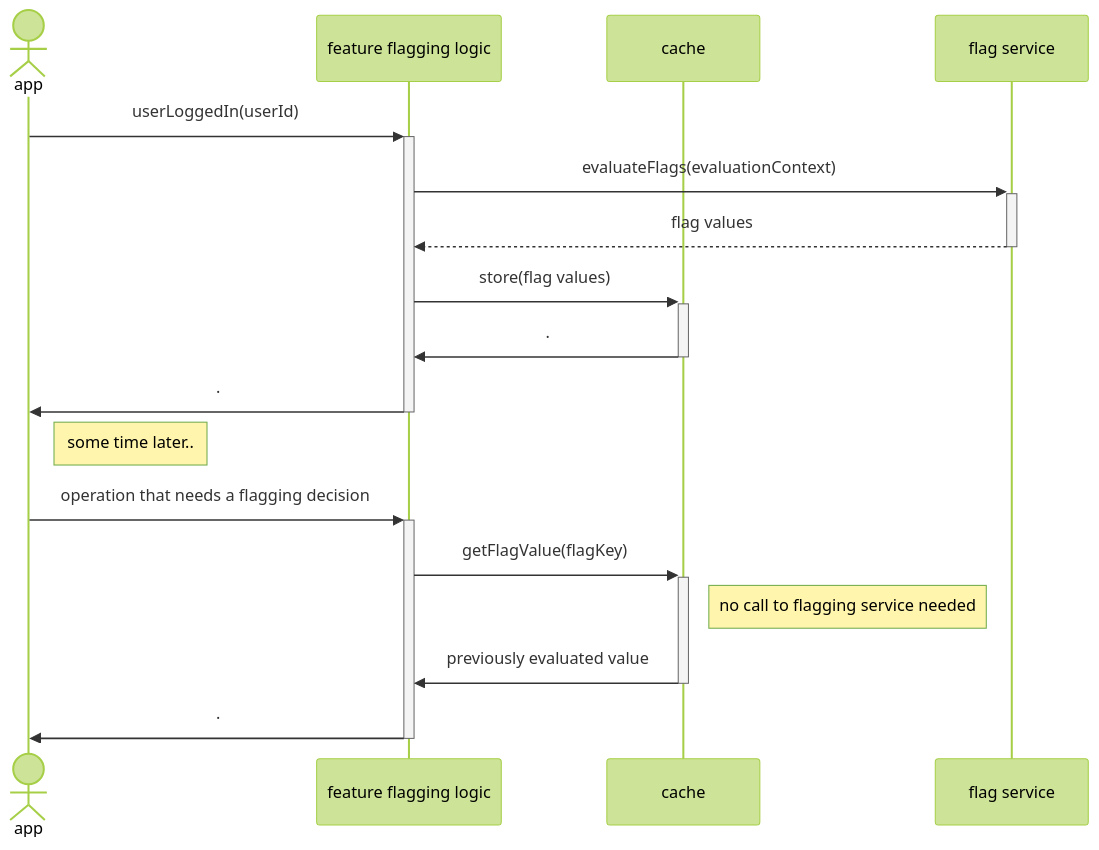
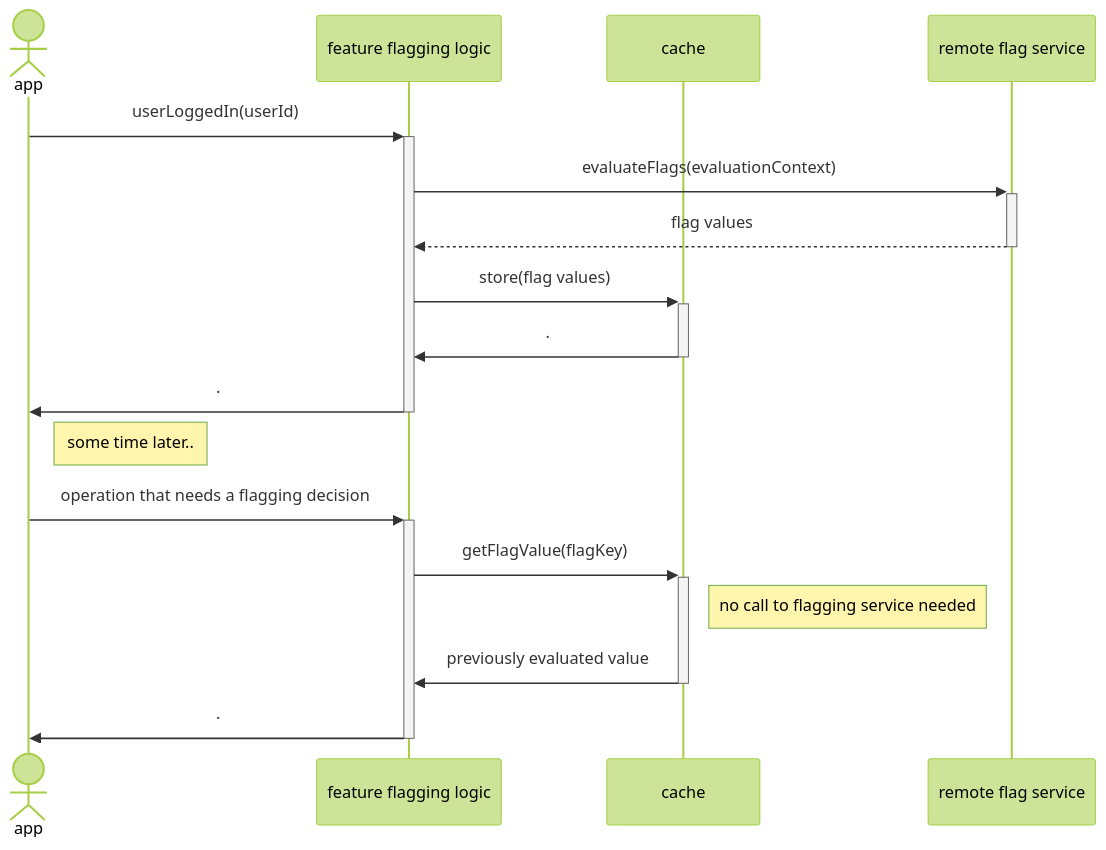
Before and after one commit to open-feature/docs.openfeature.dev: the first of 3 diagrams in blog/06-02-2023-catering-to-the-client-side.md, drawn with Mermaid (forest theme). The commit also changed other lines of this file, not shown here.

Commit message:
simplify seq diagram a bit

````diff
--- a/blog/06-02-2023-catering-to-the-client-side.md
+++ b/blog/06-02-2023-catering-to-the-client-side.md
@@ -40,21 +40,21 @@
 ```mermaid
 sequenceDiagram
   actor app
   participant client as feature flagging logic
   participant cache
-  participant provider as flag service
+  participant provider as remote flag service
   app->>+client: userLoggedIn(userId)
   client->>+provider: evaluateFlags(evaluationContext)
   provider-->>-client: flag values
   client->>+cache: store(flag values)
   cache->>-client: .
   %% deactivate cache
   client->>-app: .
   %% deactivate client
   note right of app: some time later..
   app->>+client: operation that needs a flagging decision
   client->>+cache: getFlagValue(flagKey)
   note right of cache: no call to flagging service needed
   cache->>-client: previously evaluated value
   client->>-app: .
 ```
````
